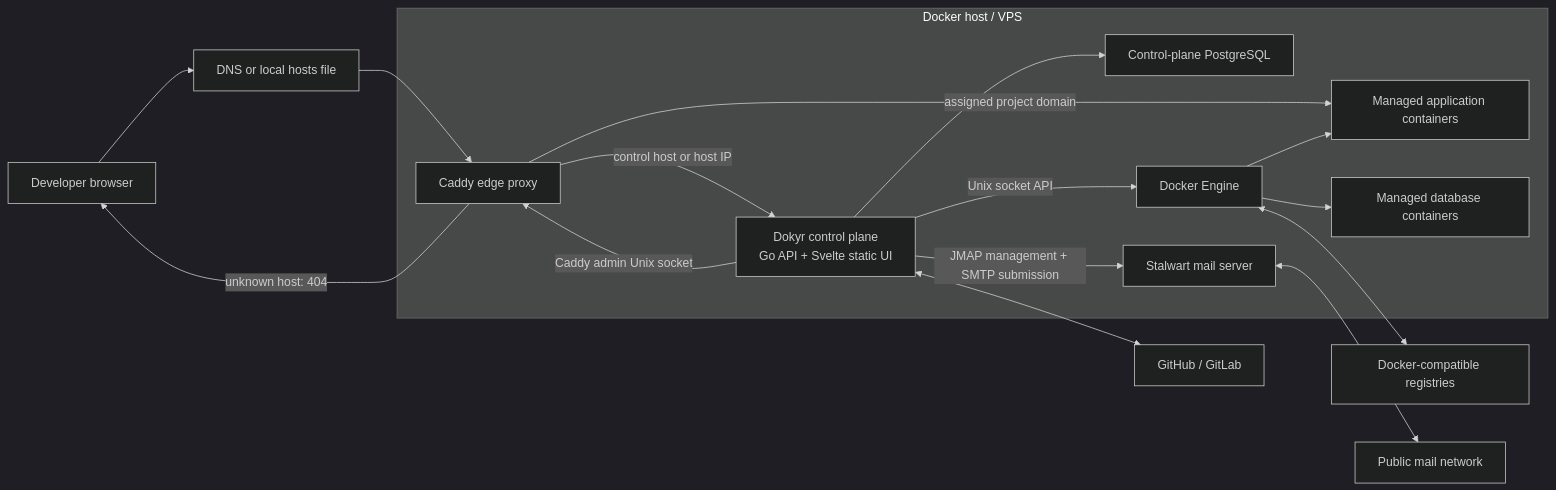
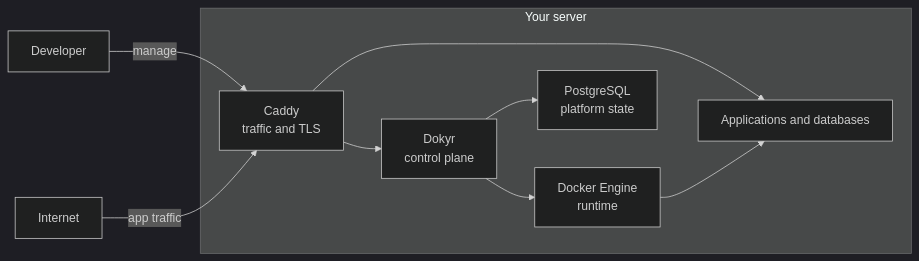
The first of 4 diagrams in docs/ARCHITECTURE.md (azayr/dokyr), drawn with Mermaid (dark theme) before and after one commit. The commit also changed other lines of this file and 8 other files, not shown here.

````diff
--- a/docs/ARCHITECTURE.md
+++ b/docs/ARCHITECTURE.md
@@ -42,32 +14,21 @@
 ```mermaid
 flowchart LR
-    User["Developer browser"]
-    DNS["DNS or local hosts file"]
-    Git["GitHub / GitLab"]
-    Registry["Docker-compatible registries"]
-    Internet["Public mail network"]
+    Developer["Developer"]
+    Internet["Internet"]
 
-    subgraph Host["Docker host / VPS"]
-        Caddy["Caddy edge proxy"]
-        App["Dokyr control plane<br/>Go API + Svelte static UI"]
-        PG["Control-plane PostgreSQL"]
-        Mail["Stalwart mail server"]
-        Docker["Docker Engine"]
-        Workloads["Managed application containers"]
-        Databases["Managed database containers"]
+    subgraph Server["Your server"]
+        Caddy["Caddy<br/>traffic and TLS"]
+        Dokyr["Dokyr<br/>control plane"]
+        Docker["Docker Engine<br/>runtime"]
+        Data["PostgreSQL<br/>platform state"]
+        Services["Applications and databases"]
     end
 
-    User --> DNS --> Caddy
-    Caddy -->|"control host or host IP"| App
-    Caddy -->|"assigned project domain"| Workloads
-    Caddy -->|"unknown host: 404"| User
-    App --> PG
-    App -->|"JMAP management + SMTP submission"| Mail
-    Mail <--> Internet
-    App -->|"Unix socket API"| Docker
-    App -->|"Caddy admin Unix socket"| Caddy
-    App <--> Git
-    Docker <--> Registry
-    Docker --> Workloads
-    Docker --> Databases
+    Developer -->|"manage"| Caddy
+    Internet -->|"app traffic"| Caddy
+    Caddy --> Dokyr
+    Caddy --> Services
+    Dokyr --> Data
+    Dokyr --> Docker
+    Docker --> Services
 ```
````
